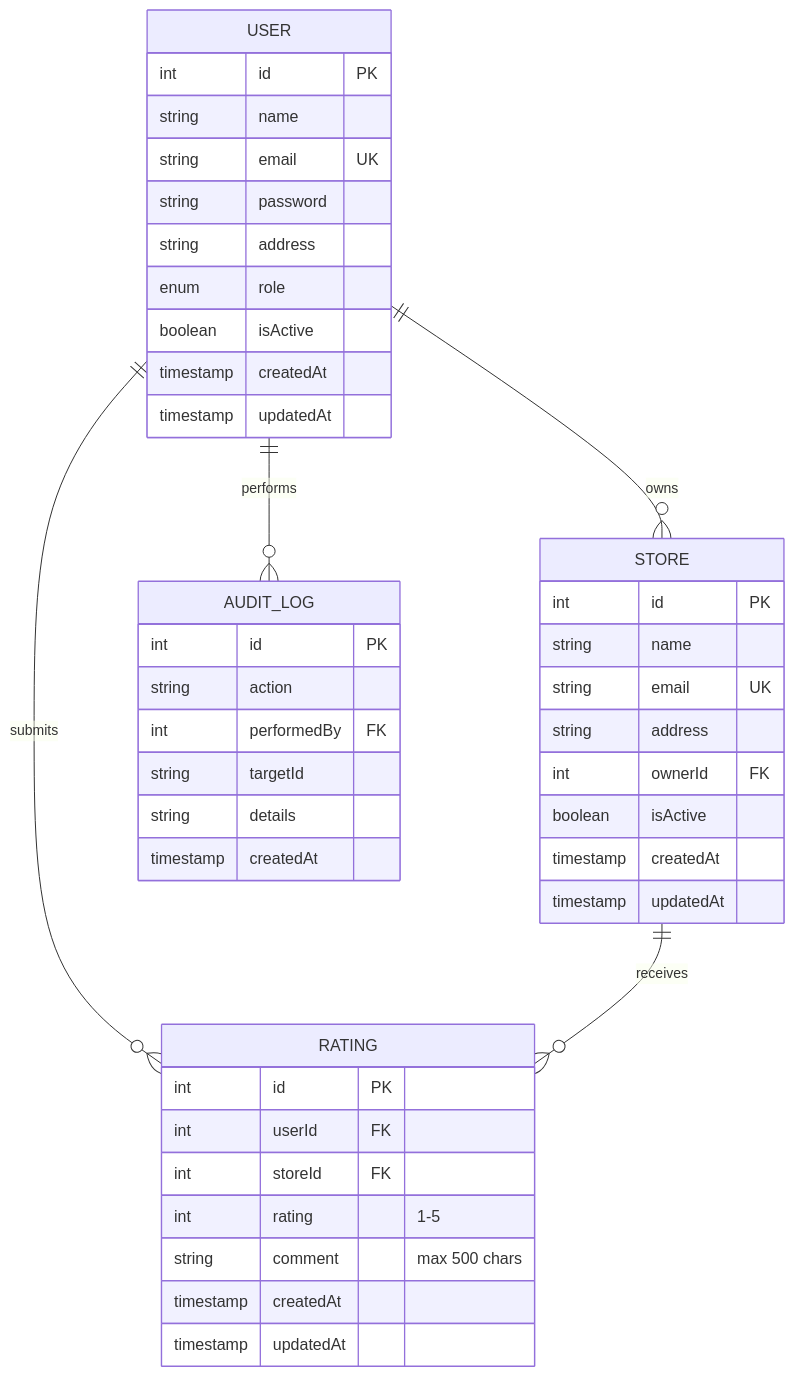
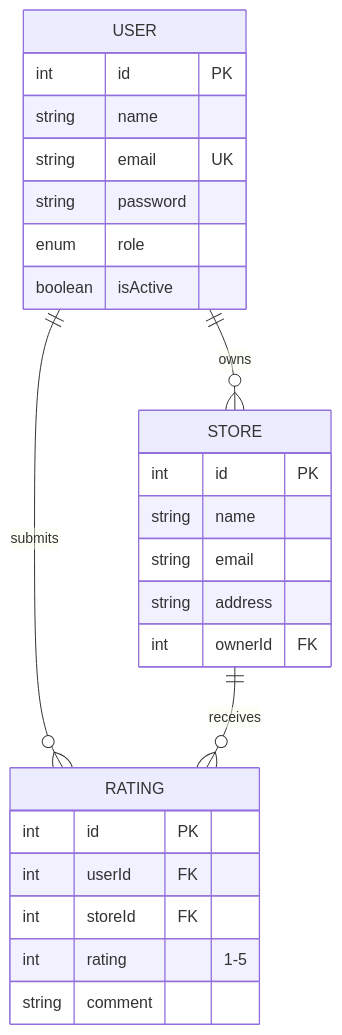
The diagram in README.md (Shivamsah123/Store-Rating-Platform), drawn with Mermaid before and after one commit. The commit also changed other lines of this file, not shown here.

````diff
--- a/README.md
+++ b/README.md
@@ -491,49 +182,31 @@
 ```mermaid
 erDiagram
     USER ||--o{ STORE : owns
     USER ||--o{ RATING : submits
     STORE ||--o{ RATING : receives
-    USER ||--o{ AUDIT_LOG : performs
     
     USER {
         int id PK
         string name
         string email UK
         string password
-        string address
         enum role
         boolean isActive
-        timestamp createdAt
-        timestamp updatedAt
     }
     
     STORE {
         int id PK
         string name
-        string email UK
+        string email
         string address
         int ownerId FK
-        boolean isActive
-        timestamp createdAt
-        timestamp updatedAt
     }
     
     RATING {
         int id PK
         int userId FK
         int storeId FK
         int rating "1-5"
-        string comment "max 500 chars"
-        timestamp createdAt
-        timestamp updatedAt
-    }
-    
-    AUDIT_LOG {
-        int id PK
-        string action
-        int performedBy FK
-        string targetId
-        string details
-        timestamp createdAt
+        string comment
     }
 ```
````
